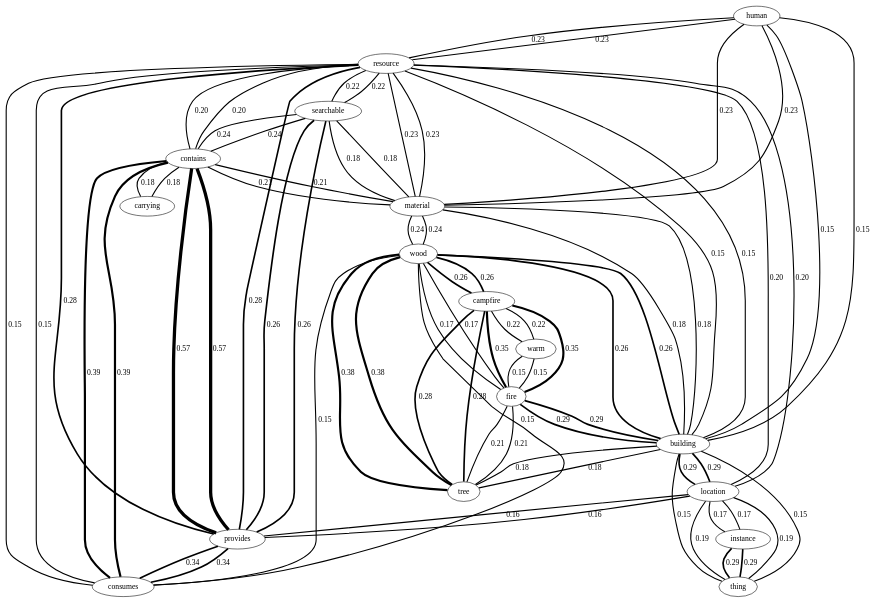
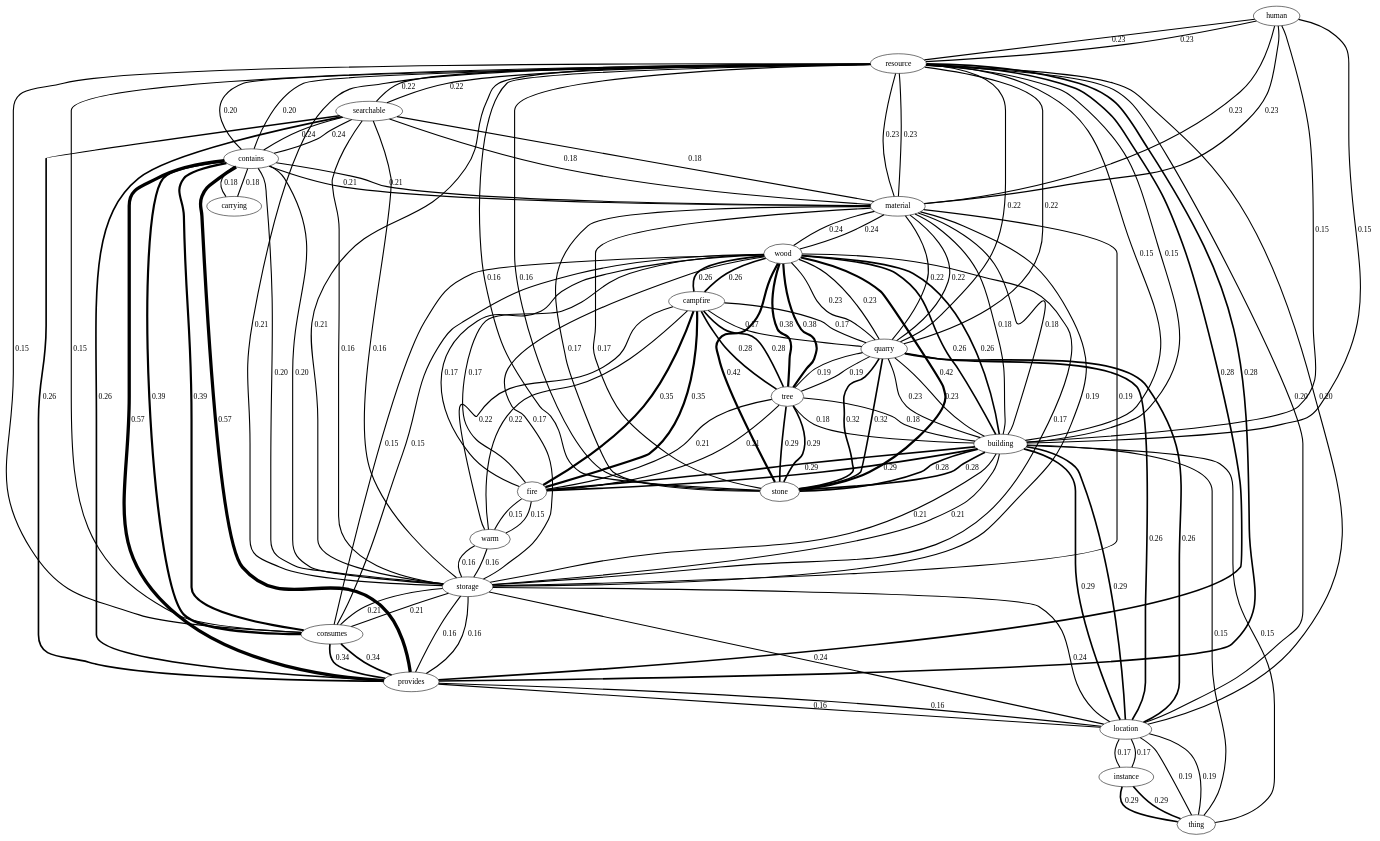
The diagram in Runner/semnet.dot (Fictoria/Library), drawn with Graphviz before and after one commit. The commit also changed 19 other files, not shown here.

```diff
--- a/Runner/semnet.dot
+++ b/Runner/semnet.dot
@@ -1,95 +1,144 @@
 graph semnet {
   human [label=human];
   resource [label=resource];
   material [label=material];
   building [label=building];
   thing [label=thing];
   instance [label=instance];
   location [label=location];
+  quarry [label=quarry];
+  stone [label=stone];
+  storage [label=storage];
   provides [label=provides];
   consumes [label=consumes];
   contains [label=contains];
   searchable [label=searchable];
   wood [label=wood];
   fire [label=fire];
   tree [label=tree];
   campfire [label=campfire];
   warm [label=warm];
   carrying [label=carrying];
   human -- resource [label=0.23 penwidth=2];
   human -- material [label=0.23 penwidth=2];
   human -- building [label=0.15 penwidth=2];
   thing -- building [label=0.15 penwidth=2];
   thing -- instance [label=0.29 penwidth=3];
   thing -- location [label=0.19 penwidth=2];
   resource -- human [label=0.23 penwidth=2];
   resource -- material [label=0.23 penwidth=2];
   resource -- building [label=0.15 penwidth=2];
+  resource -- quarry [label=0.22 penwidth=2];
+  resource -- stone [label=0.16 penwidth=2];
+  resource -- storage [label=0.21 penwidth=2];
   resource -- provides [label=0.28 penwidth=3];
   resource -- consumes [label=0.15 penwidth=2];
   resource -- contains [label=0.20 penwidth=2];
   resource -- searchable [label=0.22 penwidth=2];
   resource -- location [label=0.20 penwidth=2];
   material -- human [label=0.23 penwidth=2];
   material -- resource [label=0.23 penwidth=2];
   material -- building [label=0.18 penwidth=2];
+  material -- quarry [label=0.22 penwidth=2];
   material -- wood [label=0.24 penwidth=2];
+  material -- stone [label=0.17 penwidth=2];
+  material -- storage [label=0.19 penwidth=2];
   material -- contains [label=0.21 penwidth=2];
   material -- searchable [label=0.18 penwidth=2];
   building -- human [label=0.15 penwidth=2];
   building -- thing [label=0.15 penwidth=2];
   building -- resource [label=0.15 penwidth=2];
   building -- material [label=0.18 penwidth=2];
   building -- fire [label=0.29 penwidth=3];
   building -- tree [label=0.18 penwidth=2];
+  building -- quarry [label=0.23 penwidth=2];
   building -- wood [label=0.26 penwidth=3];
+  building -- stone [label=0.28 penwidth=3];
+  building -- storage [label=0.21 penwidth=2];
   building -- location [label=0.29 penwidth=3];
   fire -- building [label=0.29 penwidth=3];
   fire -- tree [label=0.21 penwidth=2];
   fire -- wood [label=0.17 penwidth=2];
   fire -- campfire [label=0.35 penwidth=4];
   fire -- warm [label=0.15 penwidth=2];
   tree -- building [label=0.18 penwidth=2];
   tree -- fire [label=0.21 penwidth=2];
+  tree -- quarry [label=0.19 penwidth=2];
   tree -- wood [label=0.38 penwidth=4];
+  tree -- stone [label=0.29 penwidth=3];
   tree -- campfire [label=0.28 penwidth=3];
+  quarry -- resource [label=0.22 penwidth=2];
+  quarry -- material [label=0.22 penwidth=2];
+  quarry -- building [label=0.23 penwidth=2];
+  quarry -- tree [label=0.19 penwidth=2];
+  quarry -- wood [label=0.23 penwidth=2];
+  quarry -- stone [label=0.32 penwidth=3];
+  quarry -- campfire [label=0.17 penwidth=2];
+  quarry -- location [label=0.26 penwidth=3];
   wood -- material [label=0.24 penwidth=2];
   wood -- building [label=0.26 penwidth=3];
   wood -- fire [label=0.17 penwidth=2];
   wood -- tree [label=0.38 penwidth=4];
+  wood -- quarry [label=0.23 penwidth=2];
+  wood -- stone [label=0.42 penwidth=4];
   wood -- campfire [label=0.26 penwidth=3];
+  wood -- storage [label=0.17 penwidth=2];
   wood -- consumes [label=0.15 penwidth=2];
+  stone -- resource [label=0.16 penwidth=2];
+  stone -- material [label=0.17 penwidth=2];
+  stone -- building [label=0.28 penwidth=3];
+  stone -- tree [label=0.29 penwidth=3];
+  stone -- quarry [label=0.32 penwidth=3];
+  stone -- wood [label=0.42 penwidth=4];
   campfire -- fire [label=0.35 penwidth=4];
   campfire -- tree [label=0.28 penwidth=3];
+  campfire -- quarry [label=0.17 penwidth=2];
   campfire -- wood [label=0.26 penwidth=3];
   campfire -- warm [label=0.22 penwidth=2];
+  storage -- resource [label=0.21 penwidth=2];
+  storage -- material [label=0.19 penwidth=2];
+  storage -- building [label=0.21 penwidth=2];
+  storage -- wood [label=0.17 penwidth=2];
+  storage -- provides [label=0.16 penwidth=2];
+  storage -- consumes [label=0.21 penwidth=2];
+  storage -- contains [label=0.20 penwidth=2];
+  storage -- searchable [label=0.16 penwidth=2];
+  storage -- location [label=0.24 penwidth=2];
+  storage -- warm [label=0.16 penwidth=2];
   instance -- thing [label=0.29 penwidth=3];
   instance -- location [label=0.17 penwidth=2];
   provides -- resource [label=0.28 penwidth=3];
+  provides -- storage [label=0.16 penwidth=2];
   provides -- consumes [label=0.34 penwidth=3];
   provides -- contains [label=0.57 penwidth=6];
   provides -- searchable [label=0.26 penwidth=3];
   provides -- location [label=0.16 penwidth=2];
   consumes -- resource [label=0.15 penwidth=2];
   consumes -- wood [label=0.15 penwidth=2];
+  consumes -- storage [label=0.21 penwidth=2];
   consumes -- provides [label=0.34 penwidth=3];
   consumes -- contains [label=0.39 penwidth=4];
   contains -- resource [label=0.20 penwidth=2];
   contains -- material [label=0.21 penwidth=2];
+  contains -- storage [label=0.20 penwidth=2];
   contains -- provides [label=0.57 penwidth=6];
   contains -- consumes [label=0.39 penwidth=4];
   contains -- searchable [label=0.24 penwidth=2];
   contains -- carrying [label=0.18 penwidth=2];
   searchable -- resource [label=0.22 penwidth=2];
   searchable -- material [label=0.18 penwidth=2];
+  searchable -- storage [label=0.16 penwidth=2];
   searchable -- provides [label=0.26 penwidth=3];
   searchable -- contains [label=0.24 penwidth=2];
   location -- thing [label=0.19 penwidth=2];
   location -- resource [label=0.20 penwidth=2];
   location -- building [label=0.29 penwidth=3];
+  location -- quarry [label=0.26 penwidth=3];
+  location -- storage [label=0.24 penwidth=2];
   location -- instance [label=0.17 penwidth=2];
   location -- provides [label=0.16 penwidth=2];
   carrying -- contains [label=0.18 penwidth=2];
   warm -- fire [label=0.15 penwidth=2];
   warm -- campfire [label=0.22 penwidth=2];
+  warm -- storage [label=0.16 penwidth=2];
 }
```
